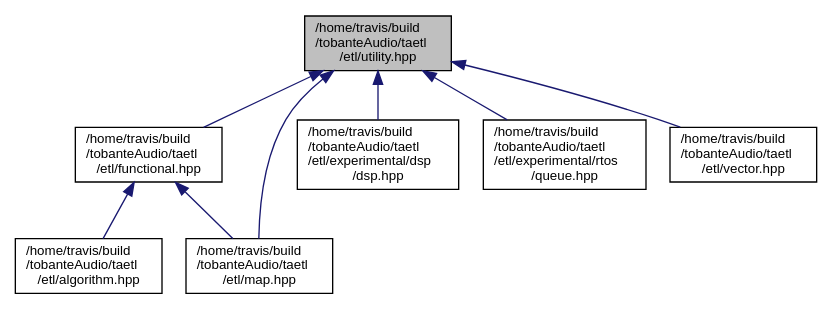
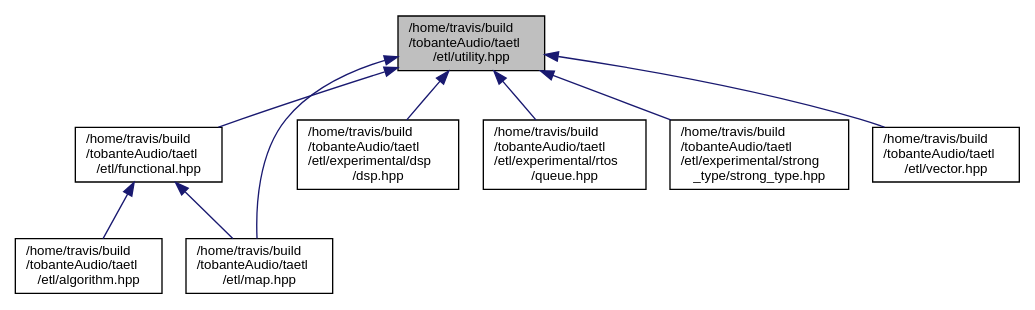
One commit to tobanteAudio/taetl changed the diagram in utility_8hpp__dep__incl.dot. Above: the diagram before and after it, drawn with Graphviz. The commit also changed 187 other files, not shown here.

Commit message:
Deploy tobanteAudio/taetl to github.com/tobanteAudio/taetl.git:gh-pages

```diff
--- a/utility_8hpp__dep__incl.dot
+++ b/utility_8hpp__dep__incl.dot
@@ -1,19 +1,21 @@
 digraph "/home/travis/build/tobanteAudio/taetl/etl/utility.hpp"
 {
   edge [fontname="Helvetica",fontsize="10",labelfontname="Helvetica",labelfontsize="10"];
   node [fontname="Helvetica",fontsize="10",shape=record];
   Node10 [label="/home/travis/build\l/tobanteAudio/taetl\l/etl/utility.hpp",height=0.2,width=0.4,color="black", fillcolor="grey75", style="filled", fontcolor="black"];
   Node10 -> Node11 [dir="back",color="midnightblue",fontsize="10",style="solid",fontname="Helvetica"];
   Node11 [label="/home/travis/build\l/tobanteAudio/taetl\l/etl/functional.hpp",height=0.2,width=0.4,color="black", fillcolor="white", style="filled",URL="$functional_8hpp.html"];
   Node11 -> Node12 [dir="back",color="midnightblue",fontsize="10",style="solid",fontname="Helvetica"];
   Node12 [label="/home/travis/build\l/tobanteAudio/taetl\l/etl/algorithm.hpp",height=0.2,width=0.4,color="black", fillcolor="white", style="filled",URL="$algorithm_8hpp.html"];
   Node11 -> Node13 [dir="back",color="midnightblue",fontsize="10",style="solid",fontname="Helvetica"];
   Node13 [label="/home/travis/build\l/tobanteAudio/taetl\l/etl/map.hpp",height=0.2,width=0.4,color="black", fillcolor="white", style="filled",URL="$map_8hpp.html"];
   Node10 -> Node14 [dir="back",color="midnightblue",fontsize="10",style="solid",fontname="Helvetica"];
   Node14 [label="/home/travis/build\l/tobanteAudio/taetl\l/etl/experimental/dsp\l/dsp.hpp",height=0.2,width=0.4,color="black", fillcolor="white", style="filled",URL="$dsp_8hpp.html"];
   Node10 -> Node15 [dir="back",color="midnightblue",fontsize="10",style="solid",fontname="Helvetica"];
   Node15 [label="/home/travis/build\l/tobanteAudio/taetl\l/etl/experimental/rtos\l/queue.hpp",height=0.2,width=0.4,color="black", fillcolor="white", style="filled",URL="$queue_8hpp.html"];
+  Node10 -> Node16 [dir="back",color="midnightblue",fontsize="10",style="solid",fontname="Helvetica"];
+  Node16 [label="/home/travis/build\l/tobanteAudio/taetl\l/etl/experimental/strong\l_type/strong_type.hpp",height=0.2,width=0.4,color="black", fillcolor="white", style="filled",URL="$strong__type_8hpp.html"];
   Node10 -> Node13 [dir="back",color="midnightblue",fontsize="10",style="solid",fontname="Helvetica"];
-  Node10 -> Node16 [dir="back",color="midnightblue",fontsize="10",style="solid",fontname="Helvetica"];
-  Node16 [label="/home/travis/build\l/tobanteAudio/taetl\l/etl/vector.hpp",height=0.2,width=0.4,color="black", fillcolor="white", style="filled",URL="$vector_8hpp.html"];
+  Node10 -> Node17 [dir="back",color="midnightblue",fontsize="10",style="solid",fontname="Helvetica"];
+  Node17 [label="/home/travis/build\l/tobanteAudio/taetl\l/etl/vector.hpp",height=0.2,width=0.4,color="black", fillcolor="white", style="filled",URL="$vector_8hpp.html"];
 }
```
